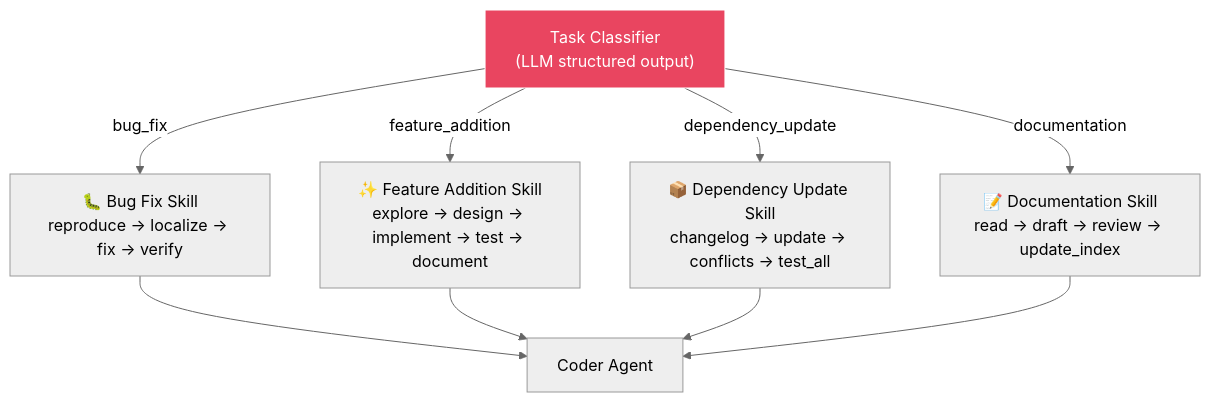
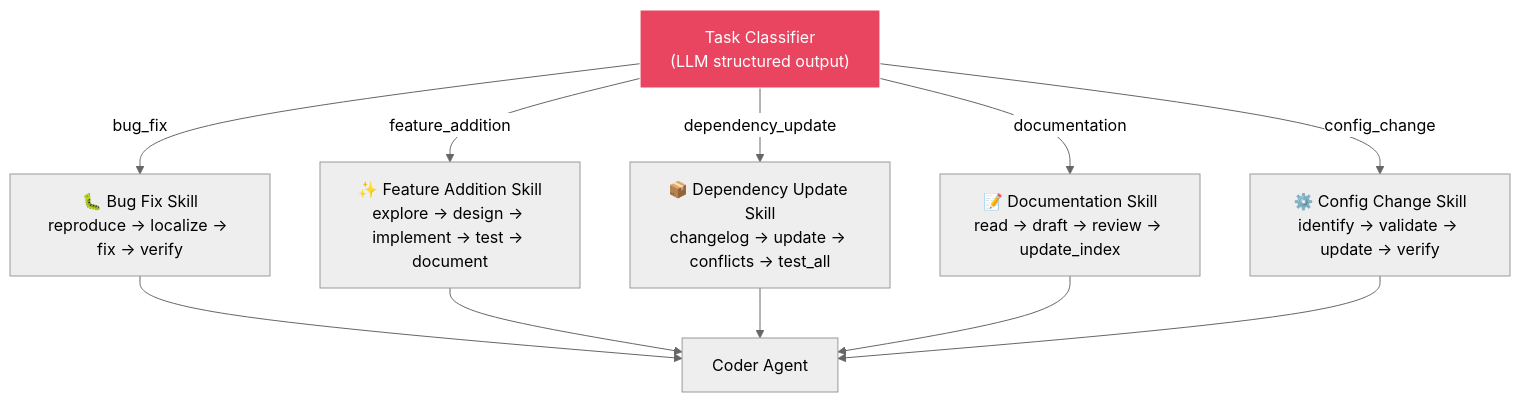
Before and after one commit to saurabhkaushik120692/codepilot-agent: the eighth of 16 diagrams in docs/architecture.md, drawn with Mermaid (neutral theme). The commit also changed other lines of this file and 8 other files, not shown here.

````diff
--- a/docs/architecture.md
+++ b/docs/architecture.md
@@ -385,16 +385,18 @@
 ```mermaid
 graph TD
     CLASSIFIER["Task Classifier<br/>(LLM structured output)"]
     
     CLASSIFIER -->|"bug_fix"| S1["🐛 Bug Fix Skill<br/>reproduce → localize → fix → verify"]
     CLASSIFIER -->|"feature_addition"| S2["✨ Feature Addition Skill<br/>explore → design → implement → test → document"]
     CLASSIFIER -->|"dependency_update"| S3["📦 Dependency Update Skill<br/>changelog → update → conflicts → test_all"]
     CLASSIFIER -->|"documentation"| S4["📝 Documentation Skill<br/>read → draft → review → update_index"]
+    CLASSIFIER -->|"config_change"| S5["⚙️ Config Change Skill<br/>identify → validate → update → verify"]
     
     S1 --> CODER["Coder Agent"]
     S2 --> CODER
     S3 --> CODER
     S4 --> CODER
+    S5 --> CODER
 
     style CLASSIFIER fill:#e94560,stroke:#fff,color:#fff
 ```
````
